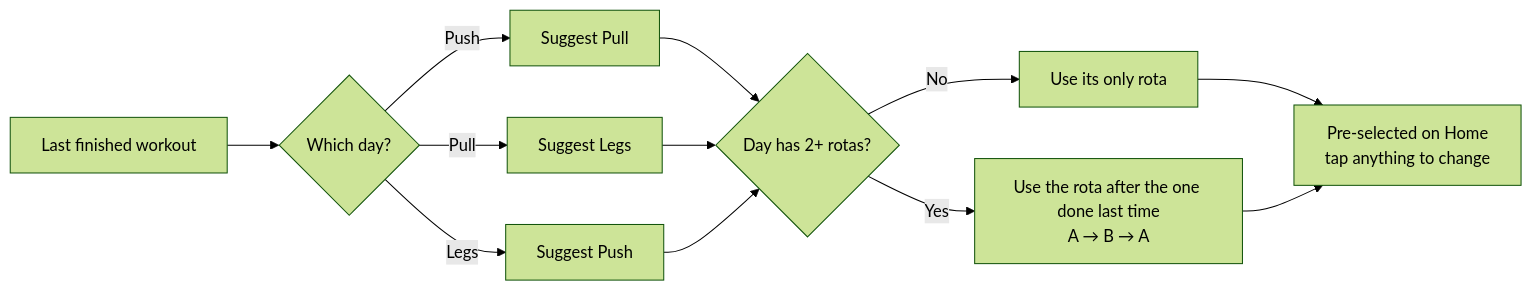
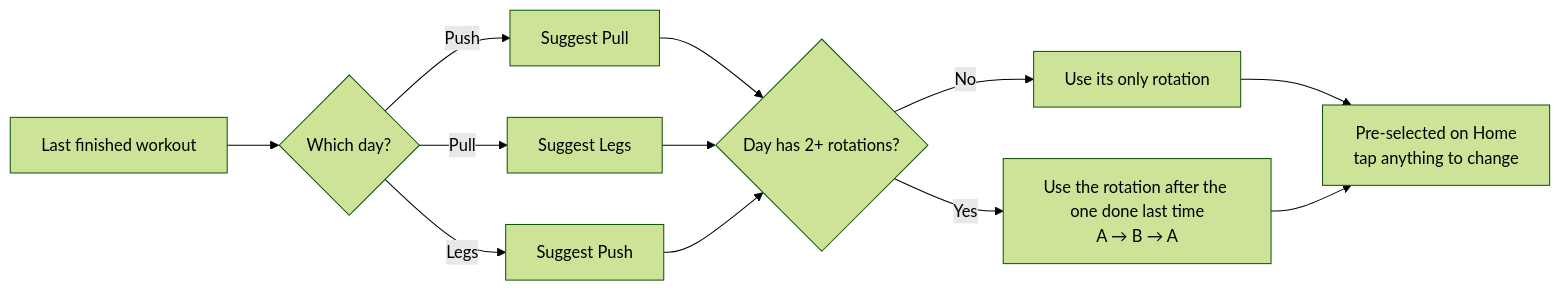
One commit to osamaayman1005/formazilla changed the first of 2 diagrams in README.md. Above: the diagram before and after it, drawn with Mermaid (forest theme). The commit also changed other lines of this file and 18 other files, not shown here.

First line of the commit message:
Rename rota to rotation; plan custom splits

````diff
--- a/README.md
+++ b/README.md
@@ -65,11 +65,11 @@
 ```mermaid
 flowchart LR
     A[Last finished workout] --> B{Which day?}
     B -->|Push| C[Suggest Pull]
     B -->|Pull| D[Suggest Legs]
     B -->|Legs| E[Suggest Push]
-    C & D & E --> F{Day has 2+ rotas?}
-    F -->|No| G[Use its only rota]
-    F -->|Yes| H[Use the rota after the one done last time<br/>A → B → A]
+    C & D & E --> F{Day has 2+ rotations?}
+    F -->|No| G[Use its only rotation]
+    F -->|Yes| H[Use the rotation after the one done last time<br/>A → B → A]
     G & H --> I[Pre-selected on Home<br/>tap anything to change]
 ```
````
